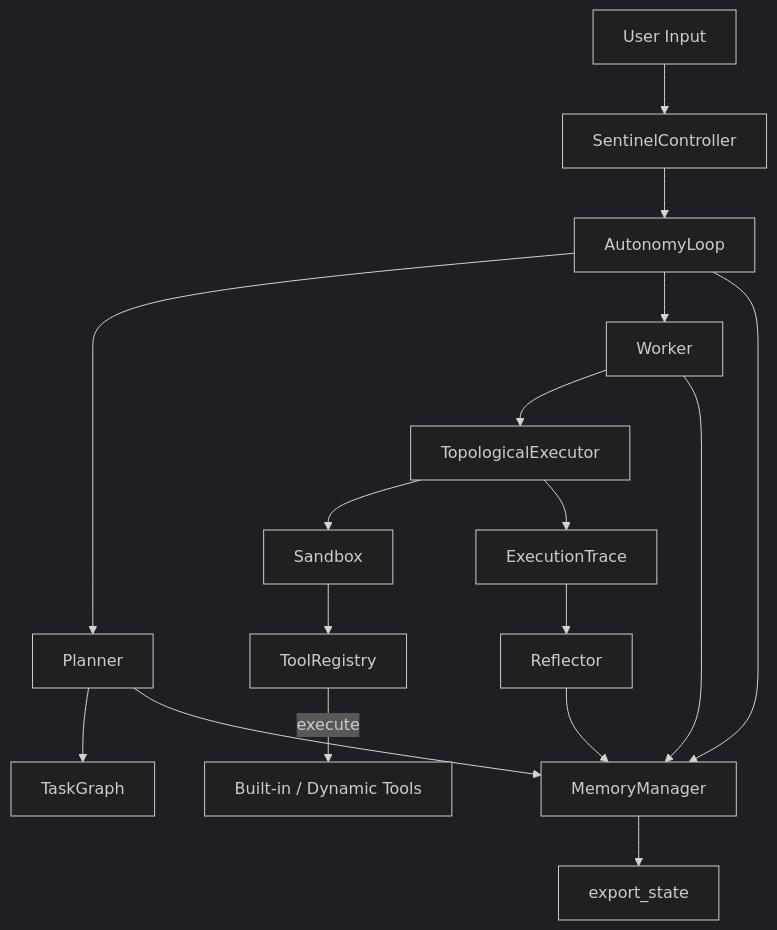
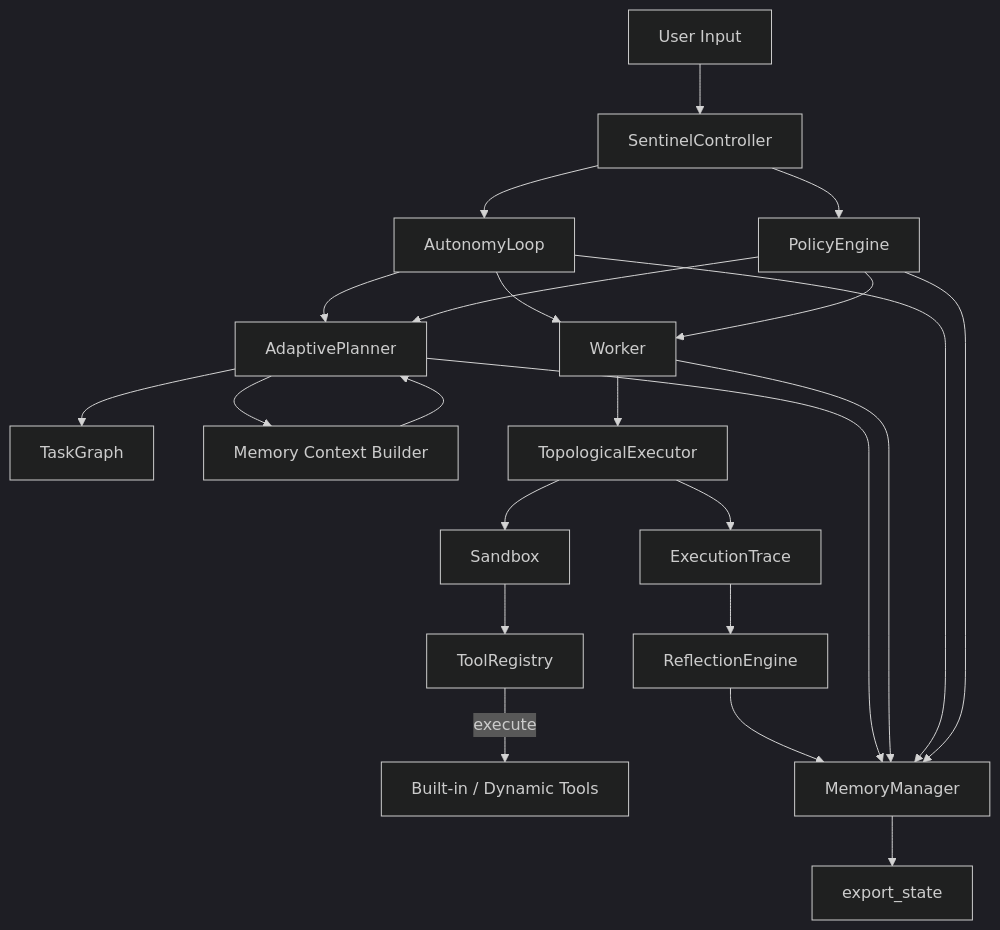
One commit to Demigodofa/sentinel-max changed the diagram in sentinel/sentinel_spec.md. Above: the diagram before and after it, drawn with Mermaid (dark theme). The commit also changed other lines of this file and 16 other files, not shown here.

Commit message:
Add adaptive planner, policy engine, and memory intelligence

````diff
--- a/sentinel/sentinel_spec.md
+++ b/sentinel/sentinel_spec.md
@@ -11,19 +11,25 @@
 ```mermaid
 graph TD
     UserInput[User Input] --> Controller[SentinelController]
+    Controller --> Policy[PolicyEngine]
     Controller --> Autonomy[AutonomyLoop]
-    Autonomy --> Planner
+    Autonomy --> Planner[AdaptivePlanner]
     Planner --> Plan[TaskGraph]
+    Planner --> MemoryIntelligence
+    MemoryIntelligence[Memory Context Builder] --> Planner
     Autonomy --> Worker
     Worker --> Executor[TopologicalExecutor]
     Executor --> Sandbox
     Sandbox --> ToolRegistry
+    Policy --> Planner
+    Policy --> Worker
     ToolRegistry -->|execute| Tools[Built-in / Dynamic Tools]
     Executor --> Trace[ExecutionTrace]
-    Trace --> Reflector
-    Reflector --> Memory[MemoryManager]
+    Trace --> ReflectionEngine
+    ReflectionEngine --> Memory[MemoryManager]
     Planner --> Memory
     Worker --> Memory
     Autonomy --> Memory
+    Policy --> Memory
     Memory --> Export[export_state]
 ```
````
